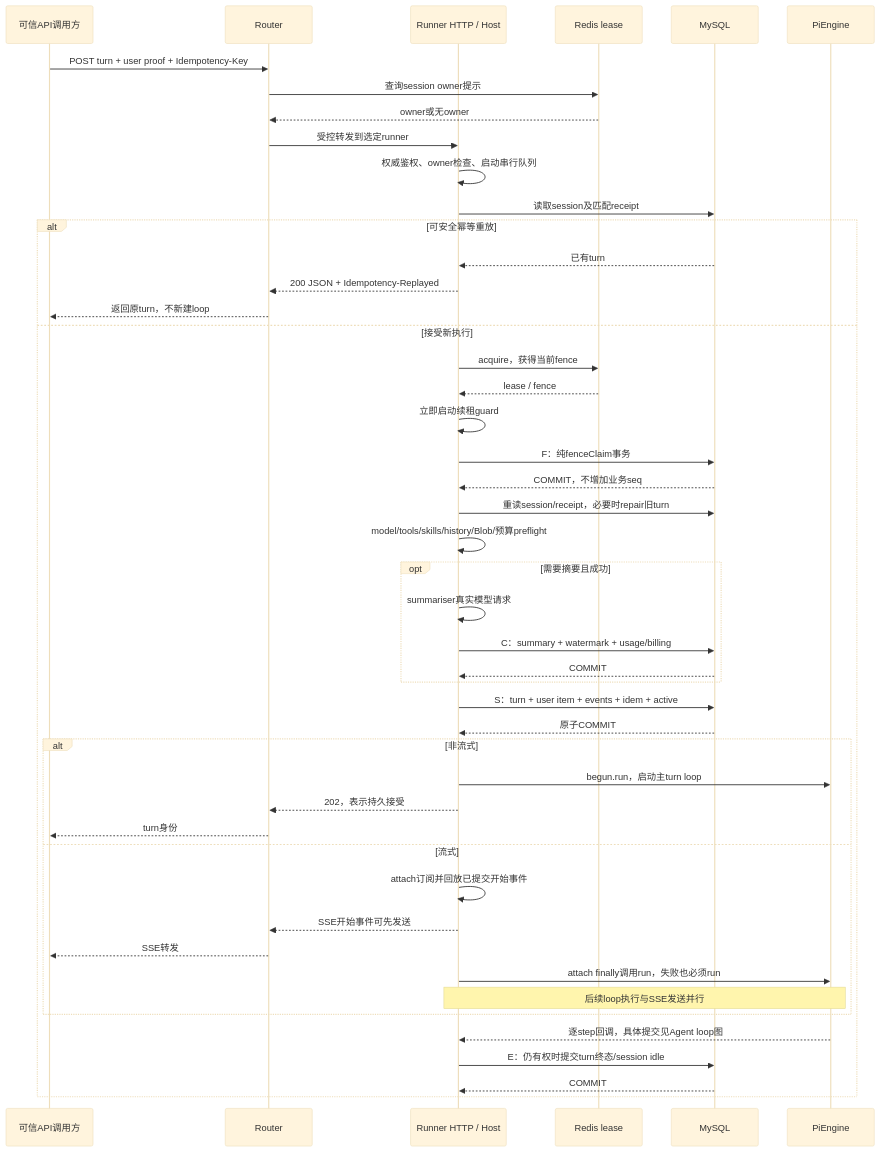
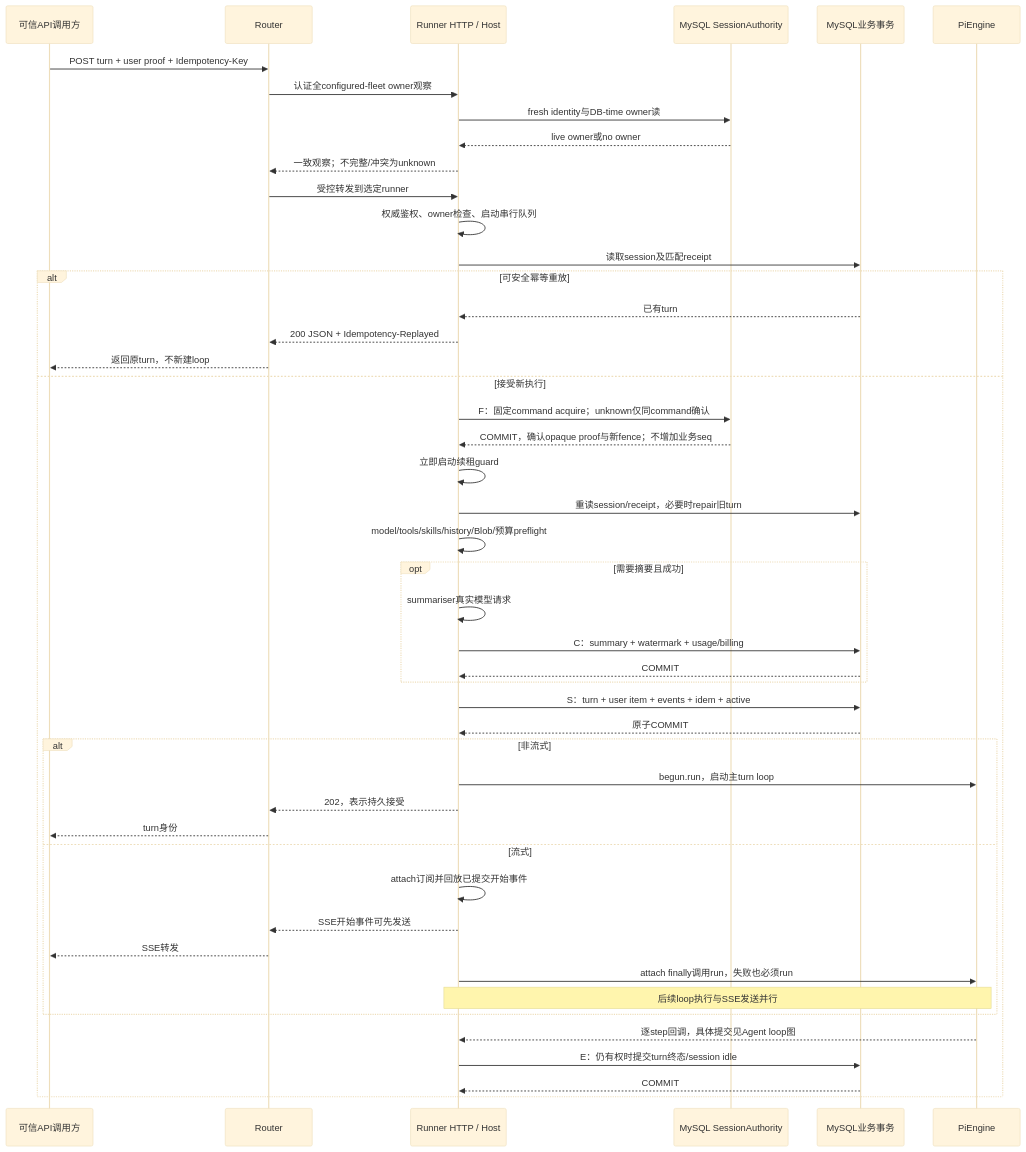
The third of 9 diagrams in docs/design/00-architecture.md (zhgqwx-del/agent-service), drawn with Mermaid (base theme) before and after one commit. The commit also changed other lines of this file and 274 other files, not shown here.

First line of the commit message:
feat: bind live session authority to MySQL and settle native shutdown

````diff
--- a/docs/design/00-architecture.md
+++ b/docs/design/00-architecture.md
@@ -621,49 +622,49 @@
 ```mermaid
 sequenceDiagram
   participant C as 可信API调用方
   participant R as Router
   participant H as Runner HTTP / Host
-  participant L as Redis lease
-  participant D as MySQL
+  participant L as MySQL SessionAuthority
+  participant D as MySQL业务事务
   participant P as PiEngine
   C->>R: POST turn + user proof + Idempotency-Key
-  R->>L: 查询session owner提示
-  L-->>R: owner或无owner
+  R->>H: 认证全configured-fleet owner观察
+  H->>L: fresh identity与DB-time owner读
+  L-->>H: live owner或no owner
+  H-->>R: 一致观察；不完整/冲突为unknown
   R->>H: 受控转发到选定runner
   H->>H: 权威鉴权、owner检查、启动串行队列
   H->>D: 读取session及匹配receipt
   alt 可安全幂等重放
     D-->>H: 已有turn
     H-->>R: 200 JSON + Idempotency-Replayed
     R-->>C: 返回原turn，不新建loop
   else 接受新执行
-    H->>L: acquire，获得当前fence
-    L-->>H: lease / fence
+    H->>L: F：固定command acquire；unknown仅同command确认
+    L-->>H: COMMIT，确认opaque proof与新fence；不增加业务seq
     H->>H: 立即启动续租guard
-    H->>D: F：纯fenceClaim事务
-    D-->>H: COMMIT，不增加业务seq
     H->>D: 重读session/receipt，必要时repair旧turn
     H->>H: model/tools/skills/history/Blob/预算preflight
     opt 需要摘要且成功
       H->>H: summariser真实模型请求
       H->>D: C：summary + watermark + usage/billing
       D-->>H: COMMIT
     end
     H->>D: S：turn + user item + events + idem + active
     D-->>H: 原子COMMIT
     alt 非流式
       H->>P: begun.run，启动主turn loop
       H-->>R: 202，表示持久接受
       R-->>C: turn身份
     else 流式
       H->>H: attach订阅并回放已提交开始事件
       H-->>R: SSE开始事件可先发送
       R-->>C: SSE转发
       H->>P: attach finally调用run，失败也必须run
       Note over H,P: 后续loop执行与SSE发送并行
     end
     P-->>H: 逐step回调，具体提交见Agent loop图
     H->>D: E：仍有权时提交turn终态/session idle
     D-->>H: COMMIT
   end
 ```
````
